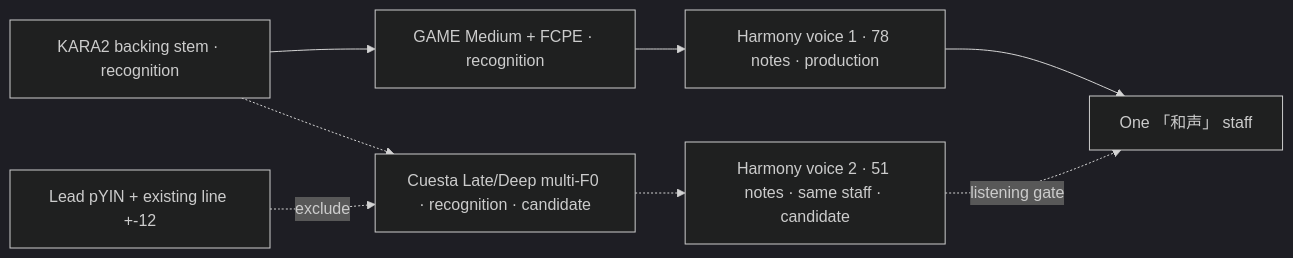
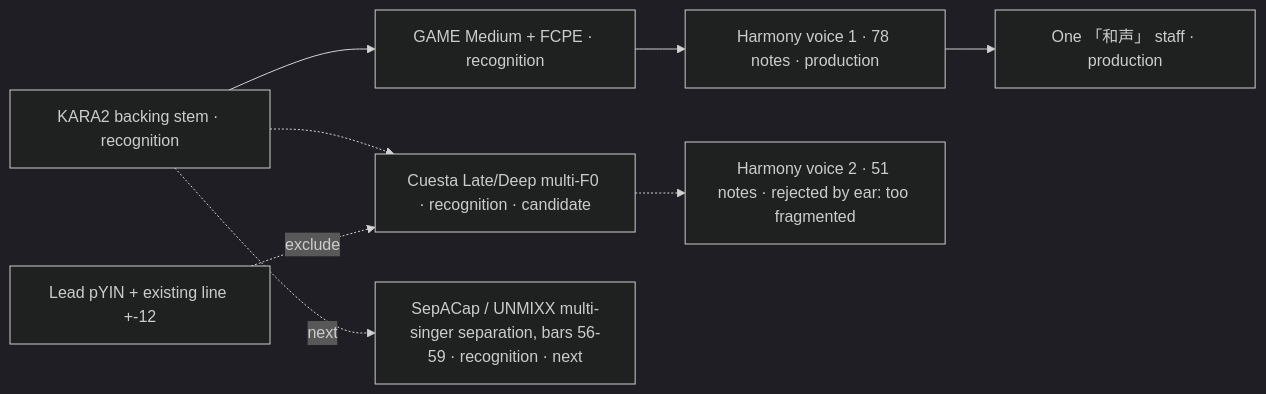
The first of 6 diagrams in docs/PIPELINE.md (zzzhhn/coro-workbench), drawn with Mermaid (dark theme) before and after one commit. The commit also changed other lines of this file and 1 other file, not shown here.

Commit message:
docs: Cuesta voice-2 rejected by ear; next is SepACap/UNMIXX on bars 56-59

````diff
--- a/docs/PIPELINE.md
+++ b/docs/PIPELINE.md
@@ -34,10 +35,10 @@
 ```mermaid
 flowchart LR
   K[KARA2 backing stem · recognition] --> BG[GAME Medium + FCPE · recognition]
   BG --> V1[Harmony voice 1 · 78 notes · production]
   K -.-> CU[Cuesta Late/Deep multi-F0 · recognition · candidate]
   LP[Lead pYIN + existing line +-12] -.exclude.-> CU
-  CU -.-> V2[Harmony voice 2 · 51 notes · same staff · candidate]
-  V1 --> H[One 「和声」 staff]
-  V2 -.listening gate.-> H
+  CU -.-> V2[Harmony voice 2 · 51 notes · rejected by ear: too fragmented]
+  V1 --> H[One 「和声」 staff · production]
+  K -.next.-> SEPA[SepACap / UNMIXX multi-singer separation, bars 56-59 · recognition · next]
 ```
````
